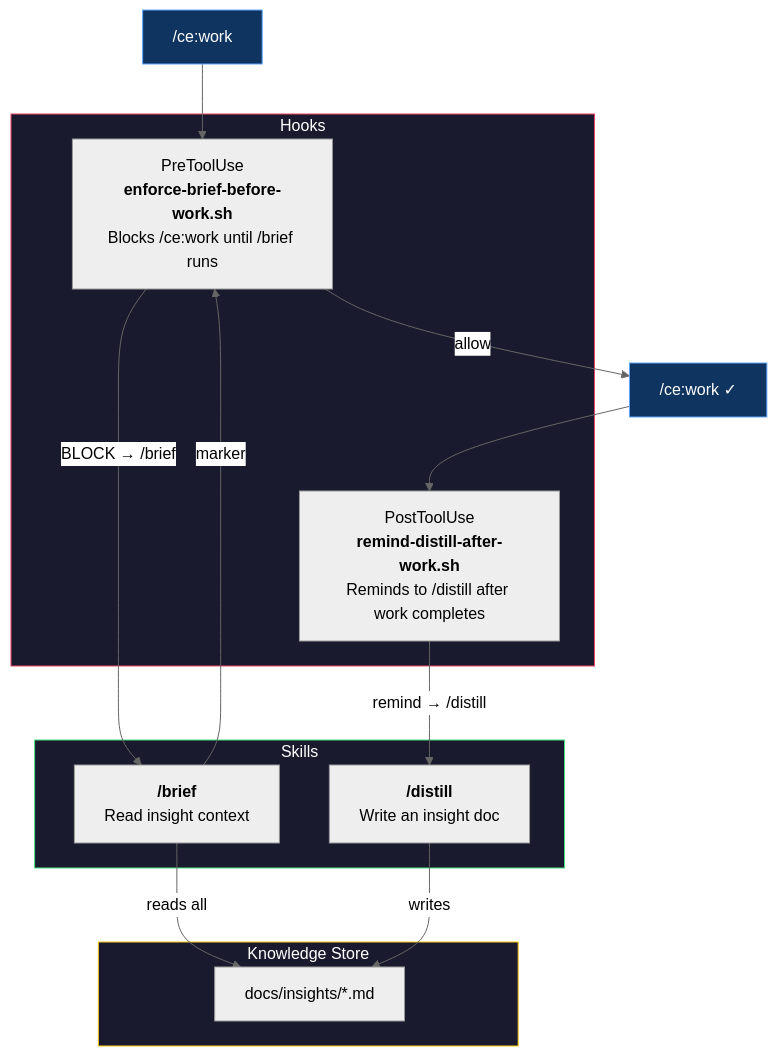
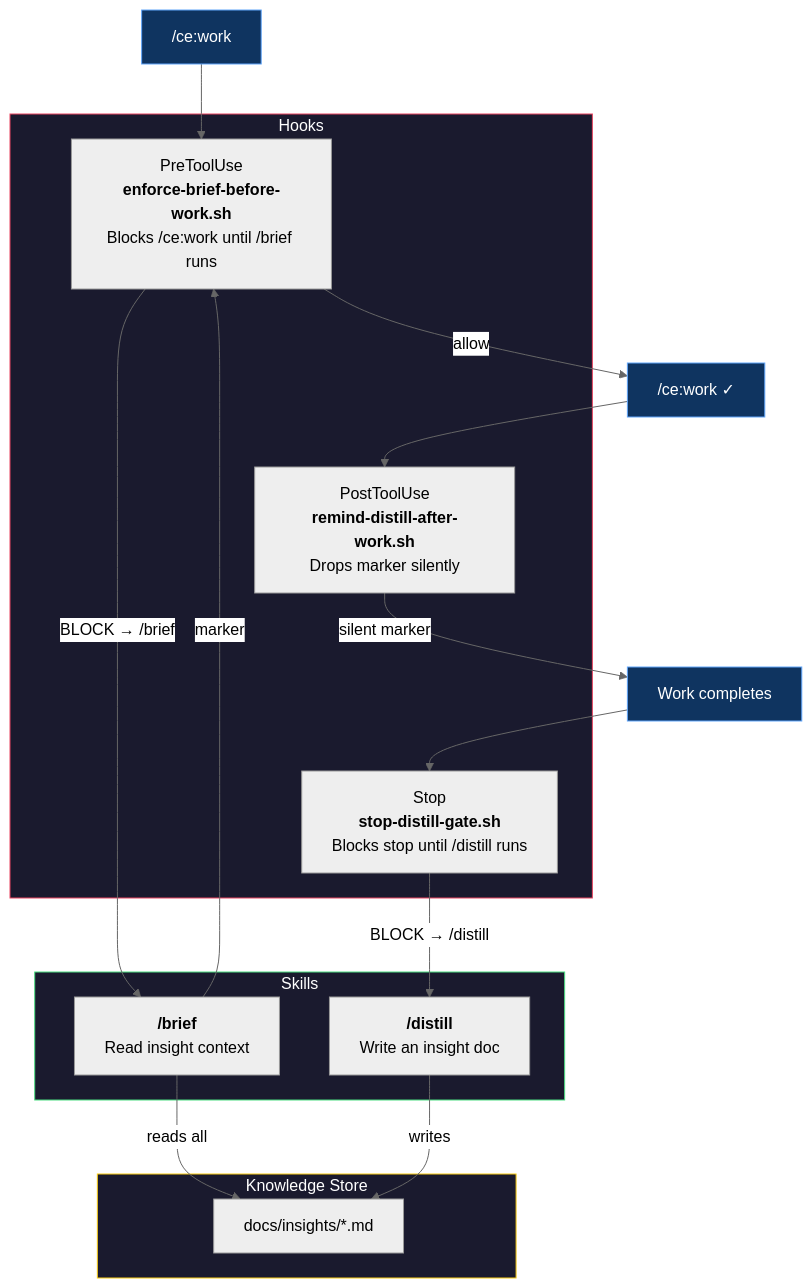
The second of 3 diagrams in projects/skills/distill-and-brief/README.md (mbriggsy/ai-learning-journey), drawn with Mermaid (neutral theme) before and after one commit. The commit also changed other lines of this file and 6 other files, not shown here.

First line of the commit message:
hooks: Stop hook enforces /distill at end of work — full chain proven

````diff
--- a/projects/skills/distill-and-brief/README.md
+++ b/projects/skills/distill-and-brief/README.md
@@ -80,32 +82,36 @@
 ```mermaid
 flowchart TB
     subgraph HOOKS ["Hooks"]
         H1["PreToolUse\n<b>enforce-brief-before-work.sh</b>\nBlocks /ce:work until /brief runs"]
-        H2["PostToolUse\n<b>remind-distill-after-work.sh</b>\nReminds to /distill after work completes"]
+        H2["PostToolUse\n<b>remind-distill-after-work.sh</b>\nDrops marker silently"]
+        H3["Stop\n<b>stop-distill-gate.sh</b>\nBlocks stop until /distill runs"]
     end
 
     subgraph SKILLS ["Skills"]
         SK1["<b>/distill</b>\nWrite an insight doc"]
         SK2["<b>/brief</b>\nRead insight context"]
     end
 
     subgraph STORE ["Knowledge Store"]
         FS["docs/insights/*.md"]
     end
 
     WORK["/ce:work"] --> H1
     H1 -->|"BLOCK → /brief"| SK2
     SK2 -->|"reads all"| FS
     SK2 -->|"marker"| H1
     H1 -->|"allow"| WORK2["/ce:work ✓"]
 
     WORK2 --> H2
-    H2 -->|"remind → /distill"| SK1
+    H2 -->|"silent marker"| DONE["Work completes"]
+    DONE --> H3
+    H3 -->|"BLOCK → /distill"| SK1
     SK1 -->|"writes"| FS
 
     style HOOKS fill:#1a1a2e,stroke:#e94560,color:#fff
     style SKILLS fill:#1a1a2e,stroke:#4ade80,color:#fff
     style STORE fill:#1a1a2e,stroke:#facc15,color:#fff
     style WORK fill:#0f3460,stroke:#60a5fa,color:#fff
     style WORK2 fill:#0f3460,stroke:#60a5fa,color:#fff
+    style DONE fill:#0f3460,stroke:#60a5fa,color:#fff
 ```
````
